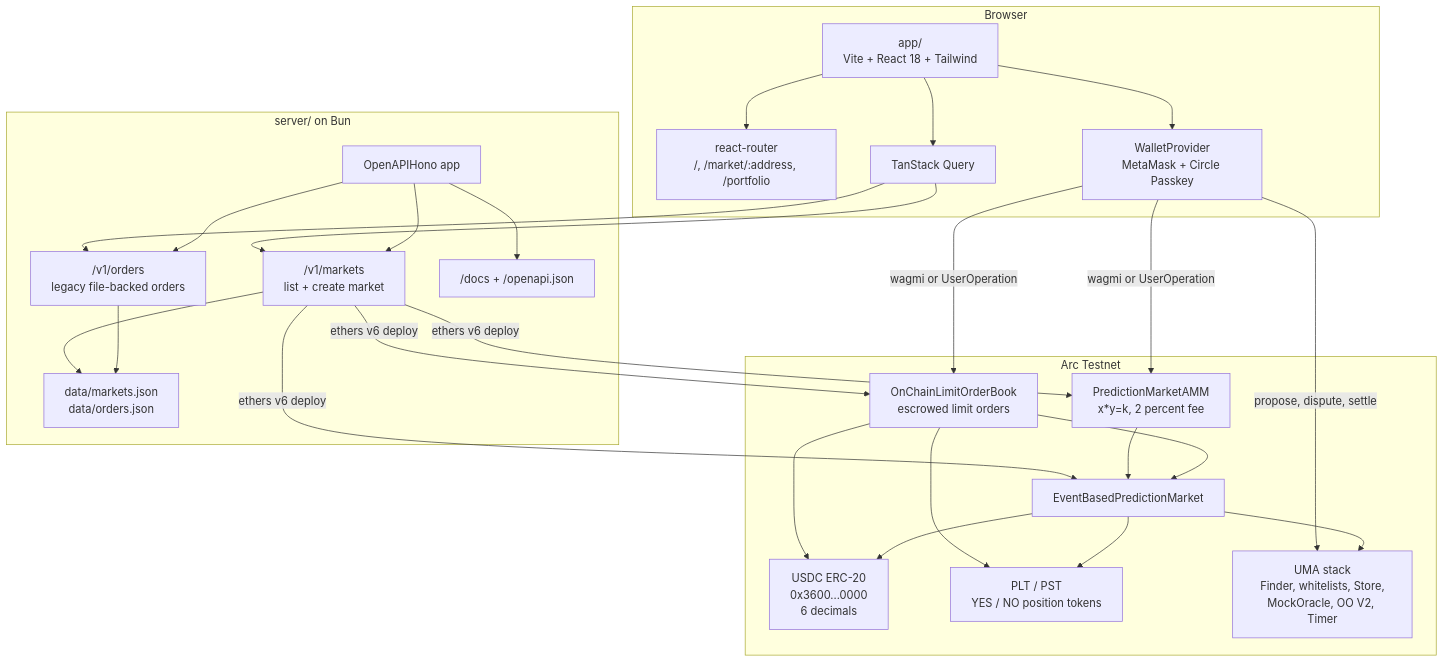
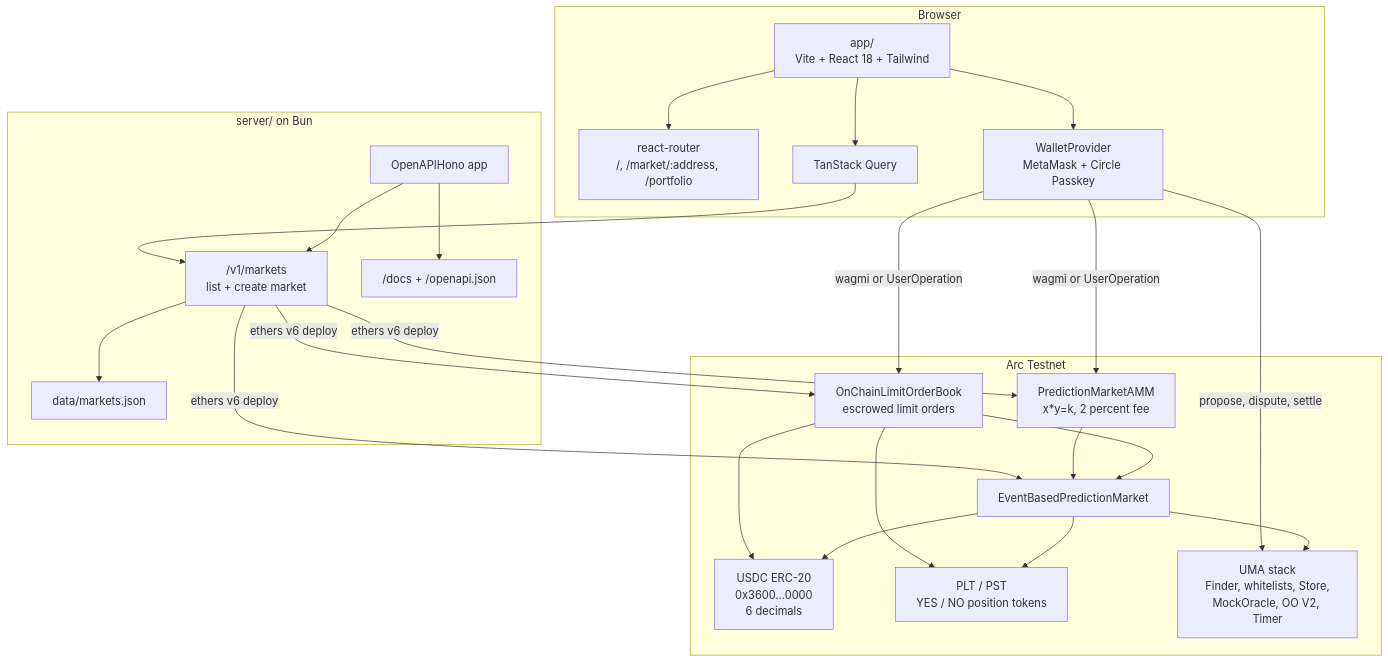
The second of 9 diagrams in docs/architecture-diagram.md (Kirashchuk/Predict-Edge), drawn with Mermaid before and after one commit. The commit also changed other lines of this file and 50 other files, not shown here.

````diff
--- a/docs/architecture-diagram.md
+++ b/docs/architecture-diagram.md
@@ -39,50 +39,46 @@
 ```mermaid
 graph TB
     subgraph Browser["Browser"]
         UI["app/<br/>Vite + React 18 + Tailwind"]
         Router["react-router<br/>/, /market/:address, /portfolio"]
         Wallet["WalletProvider<br/>MetaMask + Circle Passkey"]
         Query["TanStack Query"]
     end
 
     subgraph Api["server/ on Bun"]
         Hono["OpenAPIHono app"]
         Markets["/v1/markets<br/>list + create market"]
-        Orders["/v1/orders<br/>legacy file-backed orders"]
         Docs["/docs + /openapi.json"]
-        Stores["data/markets.json<br/>data/orders.json"]
+        Stores["data/markets.json"]
     end
 
     subgraph Chain["Arc Testnet"]
         USDC["USDC ERC-20<br/>0x3600...0000<br/>6 decimals"]
         Market["EventBasedPredictionMarket"]
         AMM["PredictionMarketAMM<br/>x*y=k, 2 percent fee"]
         CLOB["OnChainLimitOrderBook<br/>escrowed limit orders"]
         Tokens["PLT / PST<br/>YES / NO position tokens"]
         UMA["UMA stack<br/>Finder, whitelists, Store,<br/>MockOracle, OO V2, Timer"]
     end
 
     UI --> Router
     UI --> Wallet
     UI --> Query
     Query --> Markets
-    Query --> Orders
     Hono --> Markets
-    Hono --> Orders
     Hono --> Docs
     Markets --> Stores
-    Orders --> Stores
     Markets -->|ethers v6 deploy| Market
     Markets -->|ethers v6 deploy| AMM
     Markets -->|ethers v6 deploy| CLOB
     Wallet -->|wagmi or UserOperation| AMM
     Wallet -->|wagmi or UserOperation| CLOB
     Wallet -->|propose, dispute, settle| UMA
     AMM --> Market
     CLOB --> Market
     CLOB --> Tokens
     CLOB --> USDC
     Market --> Tokens
     Market --> USDC
     Market --> UMA
 ```
````
